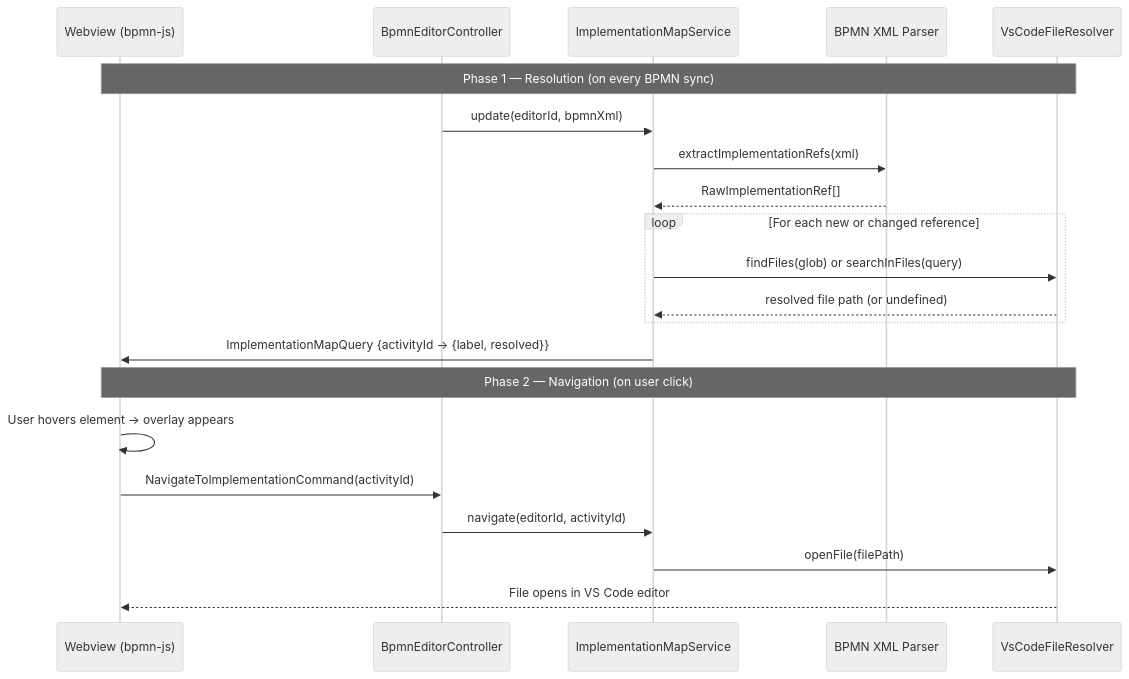
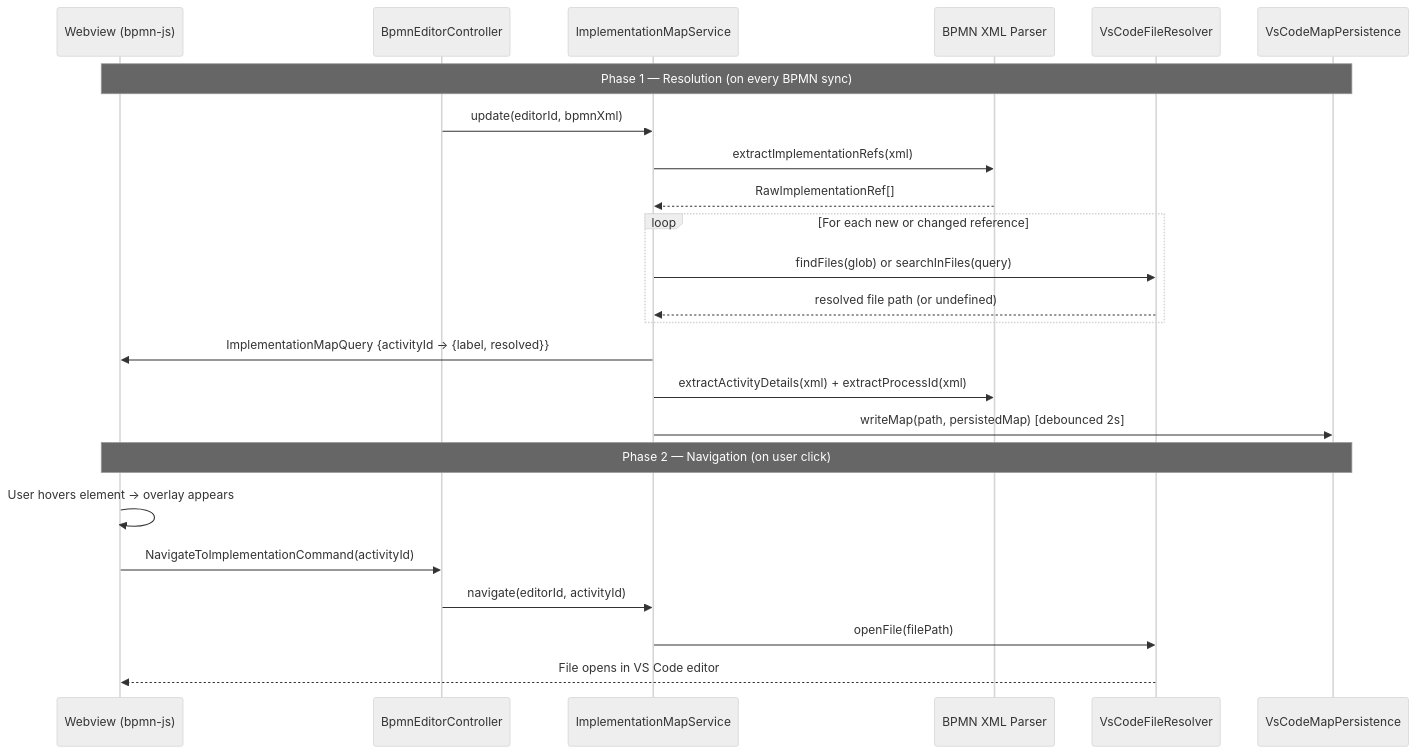
One commit to Miragon/bpmn-modeler changed the diagram in docs/code-link.md. Above: the diagram before and after it, drawn with Mermaid (neutral theme). The commit also changed other lines of this file and 8 other files, not shown here.

````diff
--- a/docs/code-link.md
+++ b/docs/code-link.md
@@ -29,29 +29,32 @@
 ```mermaid
 sequenceDiagram
     participant W as Webview (bpmn-js)
     participant C as BpmnEditorController
     participant S as ImplementationMapService
     participant P as BPMN XML Parser
     participant F as VsCodeFileResolver
+    participant D as VsCodeMapPersistence
 
-    Note over W,F: Phase 1 — Resolution (on every BPMN sync)
+    Note over W,D: Phase 1 — Resolution (on every BPMN sync)
 
     C->>S: update(editorId, bpmnXml)
     S->>P: extractImplementationRefs(xml)
     P-->>S: RawImplementationRef[]
 
     loop For each new or changed reference
         S->>F: findFiles(glob) or searchInFiles(query)
         F-->>S: resolved file path (or undefined)
     end
 
     S->>W: ImplementationMapQuery {activityId → {label, resolved}}
+    S->>P: extractActivityDetails(xml) + extractProcessId(xml)
+    S->>D: writeMap(path, persistedMap) [debounced 2s]
 
-    Note over W,F: Phase 2 — Navigation (on user click)
+    Note over W,D: Phase 2 — Navigation (on user click)
 
     W->>W: User hovers element → overlay appears
     W->>C: NavigateToImplementationCommand(activityId)
     C->>S: navigate(editorId, activityId)
     S->>F: openFile(filePath)
     F-->>W: File opens in VS Code editor
 ```
````
